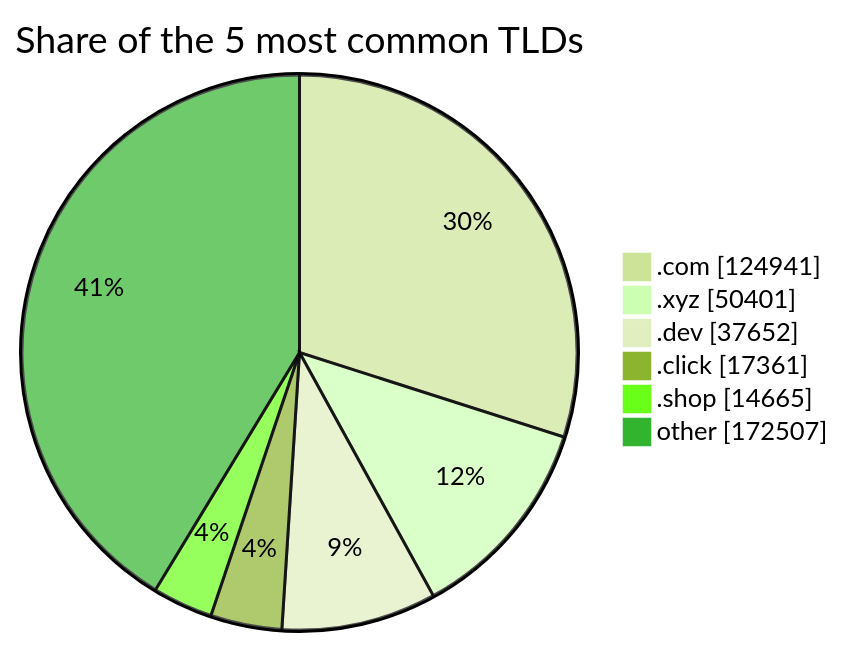
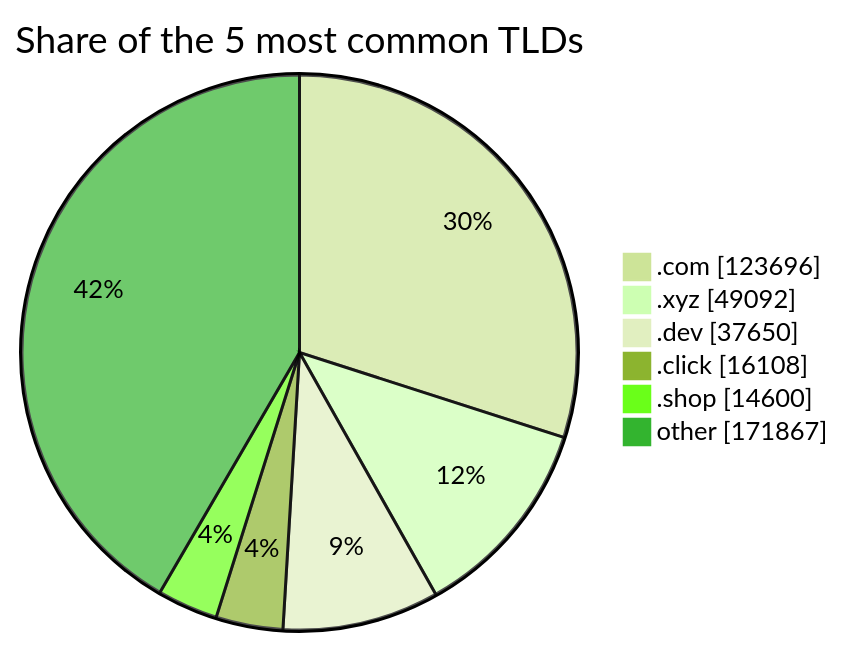
The third of 3 diagrams in README.md (DNSBunker/CTI), drawn with Mermaid (forest theme) before and after one commit. The commit also changed other lines of this file and 3 other files, not shown here.

````diff
--- a/README.md
+++ b/README.md
@@ -81,9 +81,9 @@
 ```mermaid
 pie showData title Share of the 5 most common TLDs
-    ".com" : 124941
-    ".xyz" : 50401
-    ".dev" : 37652
-    ".click" : 17361
-    ".shop" : 14665
-    "other" : 172507
+    ".com" : 123696
+    ".xyz" : 49092
+    ".dev" : 37650
+    ".click" : 16108
+    ".shop" : 14600
+    "other" : 171867
 ```
````
